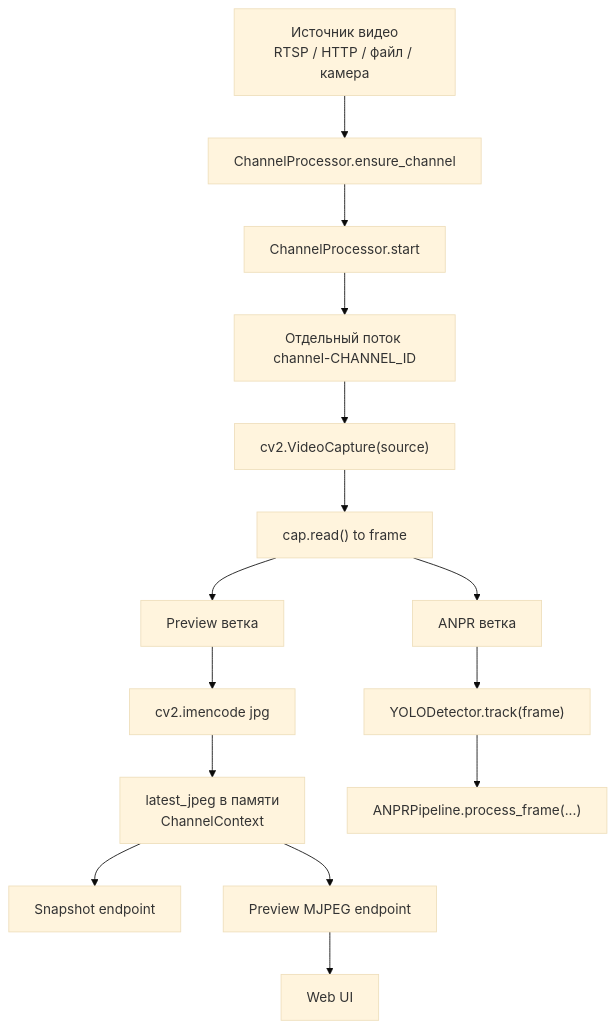
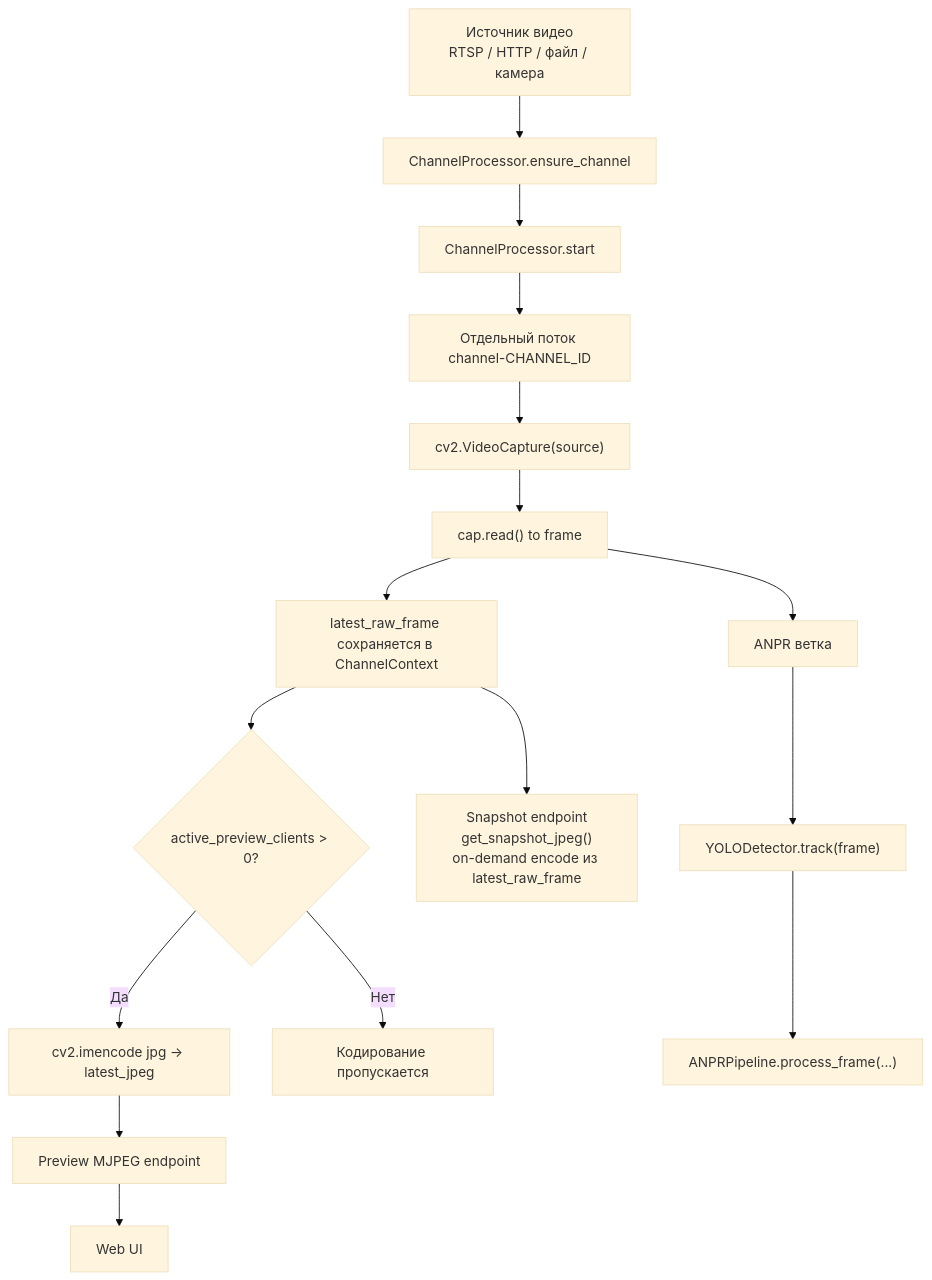
One commit to quick-1y/ANPR-System-web changed the second of 6 diagrams in README.md. Above: the diagram before and after it, drawn with Mermaid (base theme). The commit also changed other lines of this file and 5 other files, not shown here.

````diff
--- a/README.md
+++ b/README.md
@@ -265,19 +265,23 @@
 ```mermaid
 flowchart TD
     A["Источник видео<br/>RTSP / HTTP / файл / камера"] --> B["ChannelProcessor.ensure_channel"]
     B --> C["ChannelProcessor.start"]
     C --> D["Отдельный поток channel-CHANNEL_ID"]
     D --> E["cv2.VideoCapture(source)"]
     E --> F["cap.read() to frame"]
 
-    F --> G["Preview ветка"]
-    G --> H["cv2.imencode jpg"]
-    H --> I["latest_jpeg в памяти<br/>ChannelContext"]
-    I --> J["Snapshot endpoint"]
+    F --> G["latest_raw_frame сохраняется в ChannelContext"]
+
+    G --> H{"active_preview_clients > 0?"}
+    H -->|Да| I["cv2.imencode jpg → latest_jpeg"]
+    H -->|Нет| J["Кодирование пропускается"]
+
     I --> K["Preview MJPEG endpoint"]
     K --> L["Web UI"]
+
+    G --> SN["Snapshot endpoint<br/>get_snapshot_jpeg()<br/>on-demand encode из latest_raw_frame"]
 
     F --> M["ANPR ветка"]
     M --> N["YOLODetector.track(frame)"]
     N --> O["ANPRPipeline.process_frame(...)"]
 ```
````
